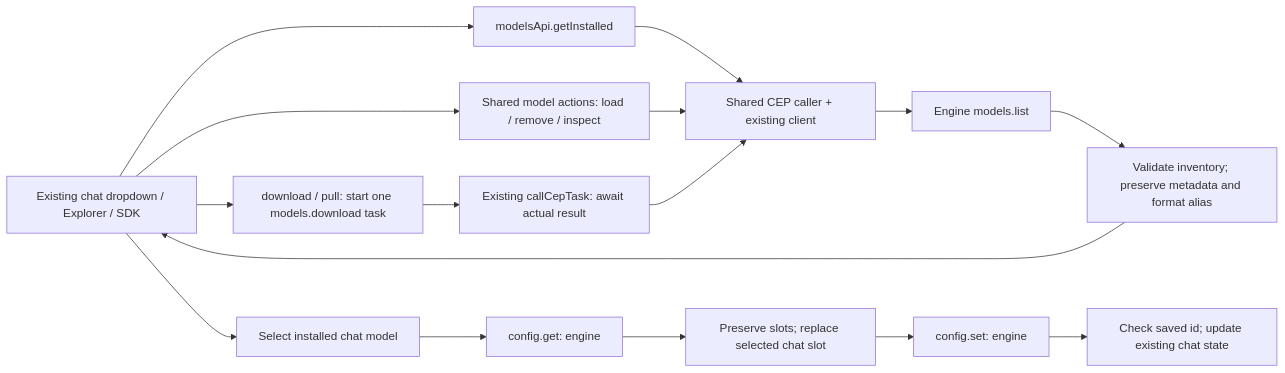
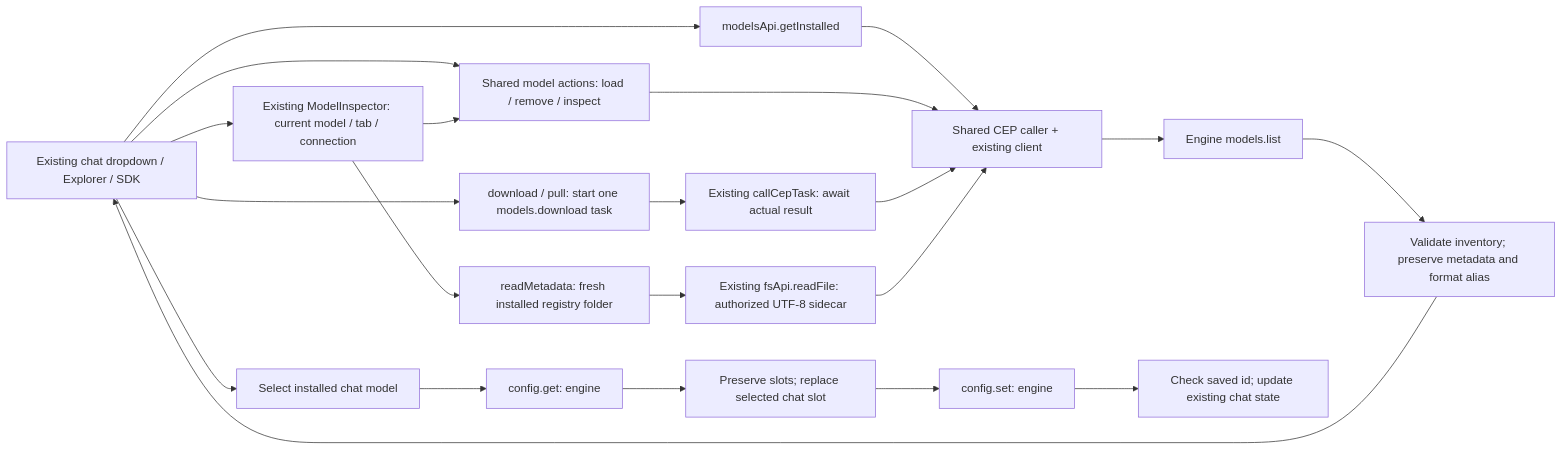
Before and after one commit to cluaiz/cluaiz-app: the diagram in src/api/engine/models/README.md, drawn with Mermaid. The commit also changed other lines of this file and 7 other files, not shown here.

Commit message:
fix(app/models): connect Inspector metadata and preserve action state

````diff
--- a/src/api/engine/models/README.md
+++ b/src/api/engine/models/README.md
@@ -8,18 +8,23 @@
 ```mermaid
 flowchart LR
     UI["Existing chat dropdown / Explorer / SDK"] --> M["modelsApi.getInstalled"]
     M --> C["Shared CEP caller + existing client"]
     C --> E["Engine models.list"]
     E --> A["Validate inventory; preserve metadata and format alias"]
     A --> UI
     UI --> L["Shared model actions: load / remove / inspect"]
     L --> C
     UI --> D["download / pull: start one models.download task"]
     D --> T["Existing callCepTask: await actual result"]
     T --> C
+    UI --> I["Existing ModelInspector: current model / tab / connection"]
+    I --> R["readMetadata: fresh installed registry folder"]
+    R --> F["Existing fsApi.readFile: authorized UTF-8 sidecar"]
+    F --> C
+    I --> L
     UI --> S["Select installed chat model"]
     S --> G["config.get: engine"]
     G --> P["Preserve slots; replace selected chat slot"]
     P --> W["config.set: engine"]
     W --> ACK["Check saved id; update existing chat state"]
 ```
````
